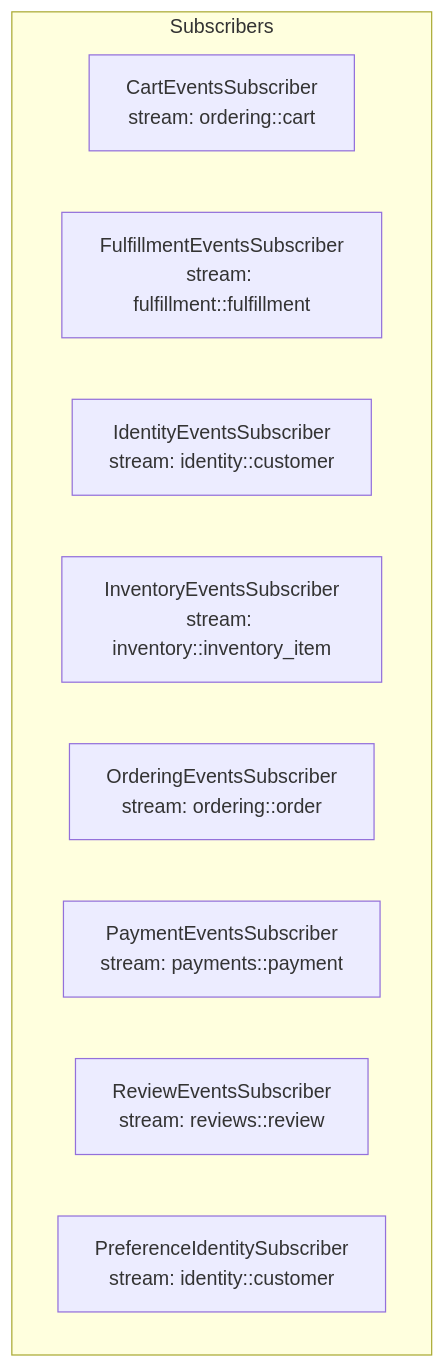
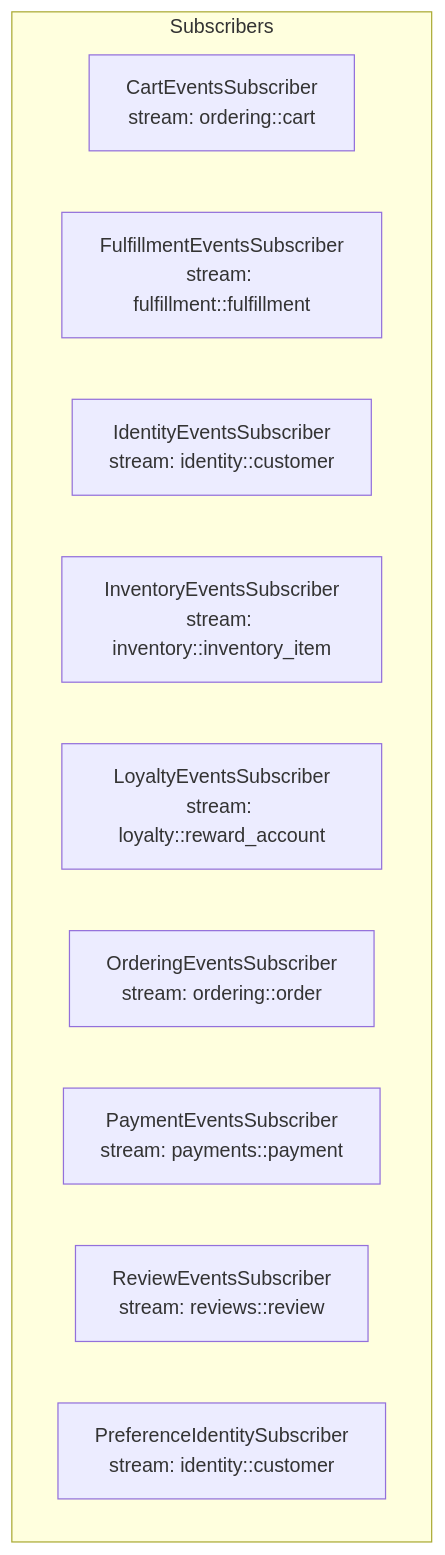
Before and after one commit to proteanhq/shopstream: the fourth of 9 diagrams in docs/notifications/handler-wiring.md, drawn with Mermaid. The commit also changed 31 other files, not shown here.

````diff
--- a/docs/notifications/handler-wiring.md
+++ b/docs/notifications/handler-wiring.md
@@ -47,13 +47,14 @@
 ```mermaid
 flowchart TD
     subgraph subscribers["Subscribers"]
         sub_notifications_notification_cart_subscriber_CartEventsSubscriber[CartEventsSubscriber\nstream: ordering::cart]
         sub_notifications_notification_fulfillment_subscriber_FulfillmentEventsSubscriber[FulfillmentEventsSubscriber\nstream: fulfillment::fulfillment]
         sub_notifications_notification_identity_subscriber_IdentityEventsSubscriber[IdentityEventsSubscriber\nstream: identity::customer]
         sub_notifications_notification_inventory_subscriber_InventoryEventsSubscriber[InventoryEventsSubscriber\nstream: inventory::inventory_item]
+        sub_notifications_notification_loyalty_subscriber_LoyaltyEventsSubscriber[LoyaltyEventsSubscriber\nstream: loyalty::reward_account]
         sub_notifications_notification_ordering_subscriber_OrderingEventsSubscriber[OrderingEventsSubscriber\nstream: ordering::order]
         sub_notifications_notification_payment_subscriber_PaymentEventsSubscriber[PaymentEventsSubscriber\nstream: payments::payment]
         sub_notifications_notification_review_subscriber_ReviewEventsSubscriber[ReviewEventsSubscriber\nstream: reviews::review]
         sub_notifications_preference_identity_subscriber_PreferenceIdentitySubscriber[PreferenceIdentitySubscriber\nstream: identity::customer]
     end
 ```
````
